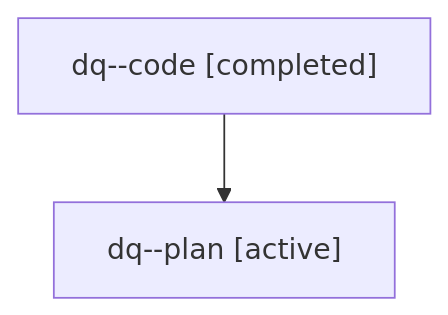
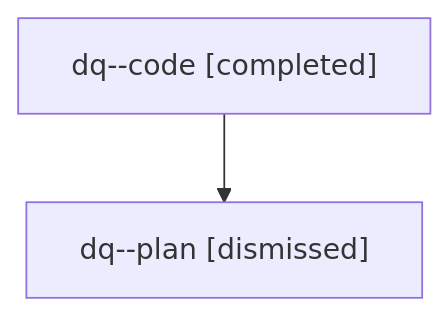
Before and after one commit to sase-org/sase--agents: the diagram in sessions/bbugyi200.athena.dq.md, drawn with Mermaid. The commit also changed other lines of this file and 24 other files, not shown here.

````diff
--- a/sessions/bbugyi200.athena.dq.md
+++ b/sessions/bbugyi200.athena.dq.md
@@ -9,6 +9,6 @@
 ```mermaid
 flowchart TD
   n0["dq--code [completed]"]
-  n1["dq--plan [active]"]
+  n1["dq--plan [dismissed]"]
   n0 --> n1
 ```
````
